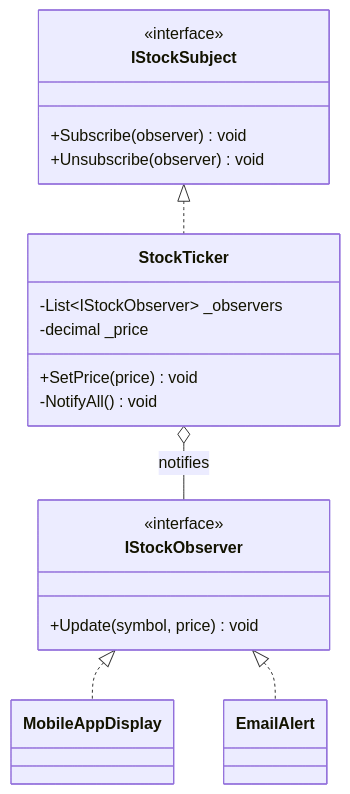
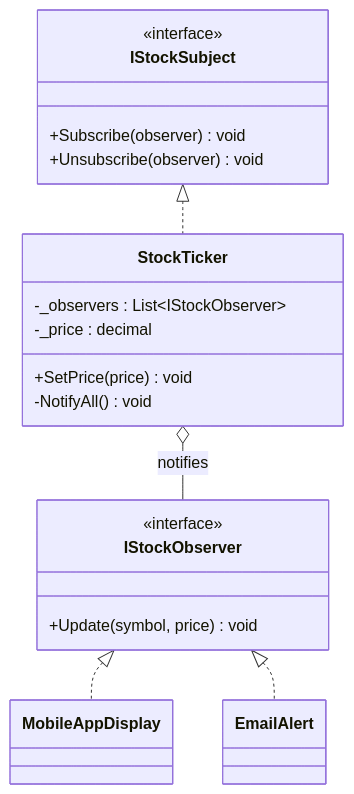
Before and after one commit to tushardongre1990/LLD-Claude: the diagram in 00-Foundations/04-Design-Patterns/Behavioral/Observer/notes.md, drawn with Mermaid. The commit also changed 19 other files, not shown here.

First line of the commit message:
docs(00-Foundations): fix mermaid attribute ordering to name : type

````diff
--- a/00-Foundations/04-Design-Patterns/Behavioral/Observer/notes.md
+++ b/00-Foundations/04-Design-Patterns/Behavioral/Observer/notes.md
@@ -15,25 +15,25 @@
 ```mermaid
 classDiagram
     class IStockSubject {
         <<interface>>
         +Subscribe(observer) void
         +Unsubscribe(observer) void
     }
     class StockTicker {
-        -List~IStockObserver~ _observers
-        -decimal _price
+        -_observers : List~IStockObserver~
+        -_price : decimal
         +SetPrice(price) void
         -NotifyAll() void
     }
     class IStockObserver {
         <<interface>>
         +Update(symbol, price) void
     }
     class MobileAppDisplay
     class EmailAlert
 
     IStockSubject <|.. StockTicker
     IStockObserver <|.. MobileAppDisplay
     IStockObserver <|.. EmailAlert
     StockTicker o-- IStockObserver : notifies
 ```
````
